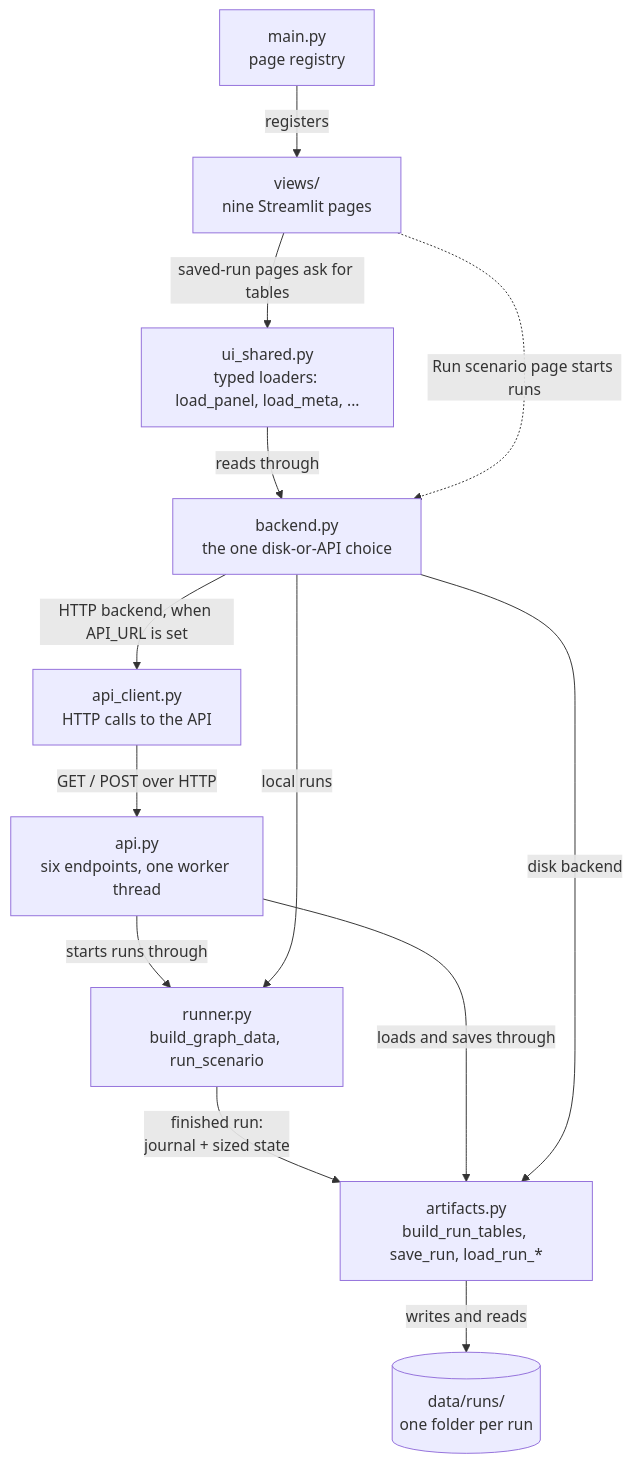
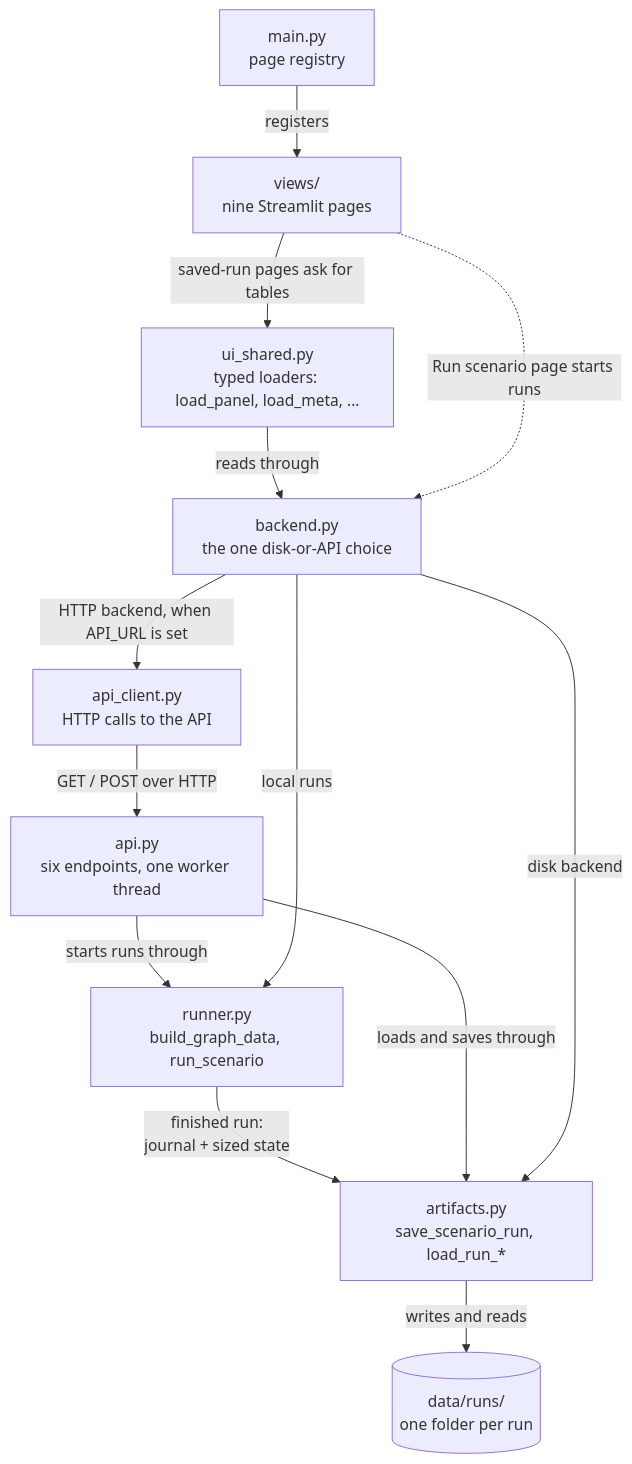
The fourth of 4 diagrams in docs/explanation/architecture.md (vlzm/GFDRR), drawn with Mermaid before and after one commit. The commit also changed other lines of this file and 6 other files, not shown here.

Commit message:
feat: implement save_scenario_run function to streamline run artifact saving and enhance meta.json with sized state

````diff
--- a/docs/explanation/architecture.md
+++ b/docs/explanation/architecture.md
@@ -160,25 +160,25 @@
 ```mermaid
 flowchart TB
     runner["runner.py<br/>build_graph_data, run_scenario"]
-    artifacts["artifacts.py<br/>build_run_tables, save_run, load_run_*"]
+    artifacts["artifacts.py<br/>save_scenario_run, load_run_*"]
     runs[("data/runs/<br/>one folder per run")]
     api["api.py<br/>six endpoints, one worker thread"]
     client["api_client.py<br/>HTTP calls to the API"]
     backend["backend.py<br/>the one disk-or-API choice"]
     shared["ui_shared.py<br/>typed loaders: load_panel, load_meta, ..."]
     main["main.py<br/>page registry"]
     views["views/<br/>nine Streamlit pages"]
 
     runner -->|"finished run:<br/>journal + sized state"| artifacts
     artifacts -->|"writes and reads"| runs
     api -->|"starts runs through"| runner
     api -->|"loads and saves through"| artifacts
     client -->|"GET / POST over HTTP"| api
     shared -->|"reads through"| backend
     backend -->|"disk backend"| artifacts
     backend -->|"HTTP backend, when API_URL is set"| client
     backend -->|"local runs"| runner
     main -->|"registers"| views
     views -->|"saved-run pages ask for tables"| shared
     views -.->|"Run scenario page starts runs"| backend
 ```
````
